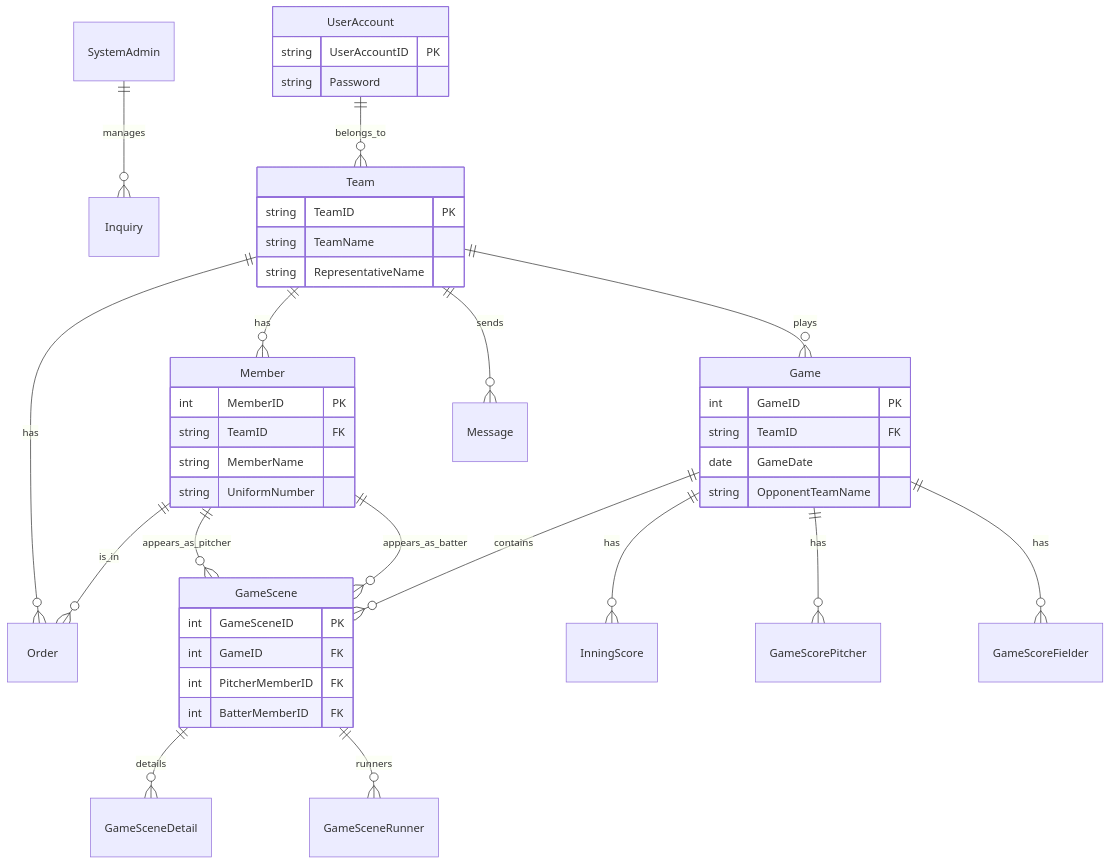
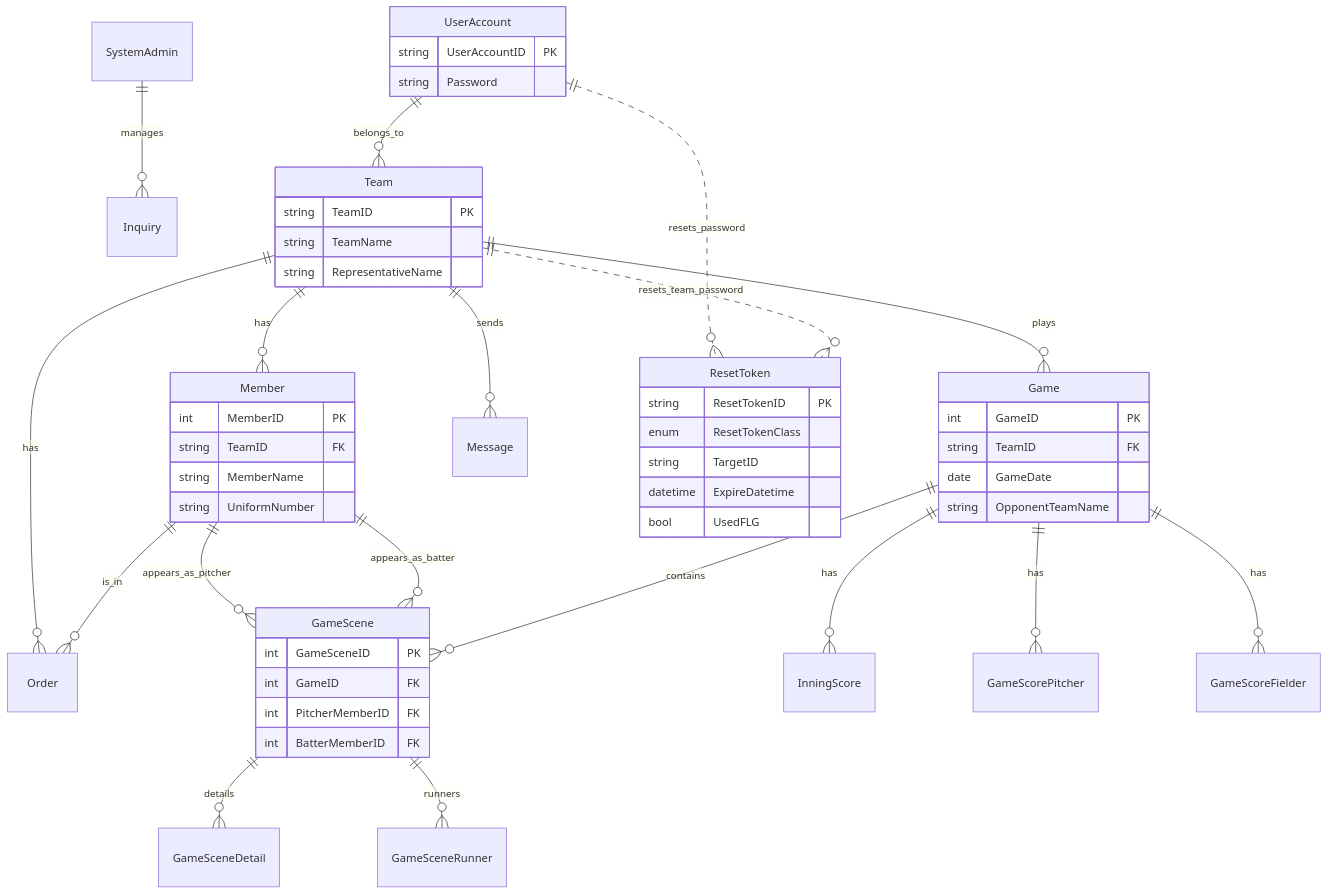
Before and after one commit to kogamasao/Bmcs: the diagram in Bmcs/doc/db_design.md, drawn with Mermaid. The commit also changed other lines of this file and 5 other files, not shown here.

````diff
--- a/Bmcs/doc/db_design.md
+++ b/Bmcs/doc/db_design.md
@@ -5,46 +5,55 @@
 ```mermaid
 erDiagram
     SystemAdmin ||--o{ Inquiry : manages
     UserAccount ||--o{ Team : belongs_to
     Team ||--o{ Member : has
     Team ||--o{ Game : plays
     Team ||--o{ Order : has
     Team ||--o{ Message : sends
     Member ||--o{ Order : is_in
     Member ||--o{ GameScene : appears_as_pitcher
     Member ||--o{ GameScene : appears_as_batter
     Game ||--o{ GameScene : contains
     Game ||--o{ InningScore : has
     Game ||--o{ GameScorePitcher : has
     Game ||--o{ GameScoreFielder : has
     GameScene ||--o{ GameSceneDetail : details
     GameScene ||--o{ GameSceneRunner : runners
+    UserAccount ||..o{ ResetToken : resets_password
+    Team ||..o{ ResetToken : resets_team_password
 
     UserAccount {
         string UserAccountID PK
         string Password
     }
     Team {
         string TeamID PK
         string TeamName
         string RepresentativeName
     }
     Member {
         int MemberID PK
         string TeamID FK
         string MemberName
         string UniformNumber
     }
     Game {
         int GameID PK
         string TeamID FK
         date GameDate
         string OpponentTeamName
     }
     GameScene {
         int GameSceneID PK
         int GameID FK
         int PitcherMemberID FK
         int BatterMemberID FK
     }
+    ResetToken {
+        string ResetTokenID PK
+        enum ResetTokenClass
+        string TargetID
+        datetime ExpireDatetime
+        bool UsedFLG
+    }
 ```
````
